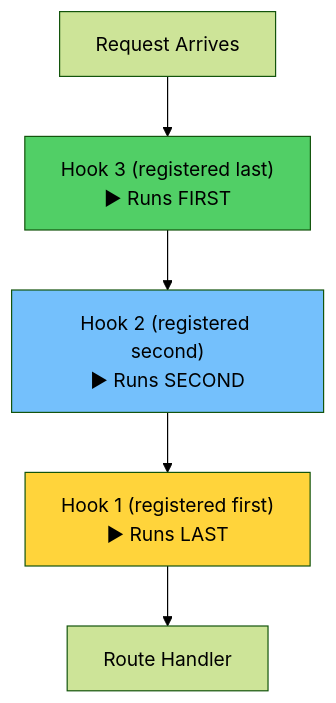
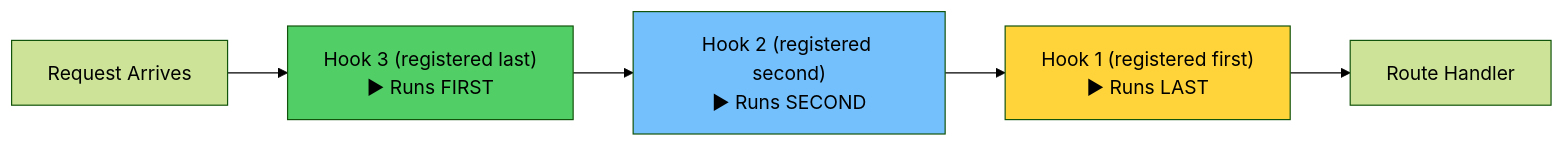
One commit to minima-js/minimajs changed the diagram in docs/guides/diagrams/hook-lifo-execution.md. Above: the diagram before and after it, drawn with Mermaid (forest theme). The commit also changed 35 other files, not shown here.

````diff
--- a/docs/guides/diagrams/hook-lifo-execution.md
+++ b/docs/guides/diagrams/hook-lifo-execution.md
@@ -1,11 +1,11 @@
 ```mermaid
-graph TB
+graph LR
     Start[Request Arrives] --> Hook3["Hook 3 (registered last)<br/>▶ Runs FIRST"]
     Hook3 --> Hook2["Hook 2 (registered second)<br/>▶ Runs SECOND"]
     Hook2 --> Hook1["Hook 1 (registered first)<br/>▶ Runs LAST"]
     Hook1 --> Handler[Route Handler]
 
     style Hook3 fill:#51cf66
     style Hook2 fill:#74c0fc
     style Hook1 fill:#ffd43b
 ```
````
